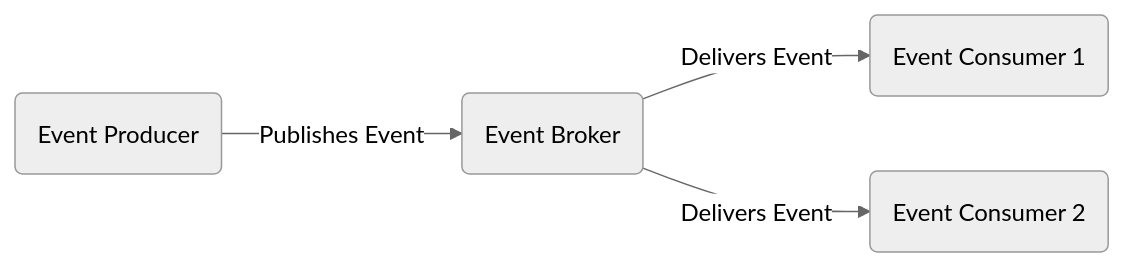
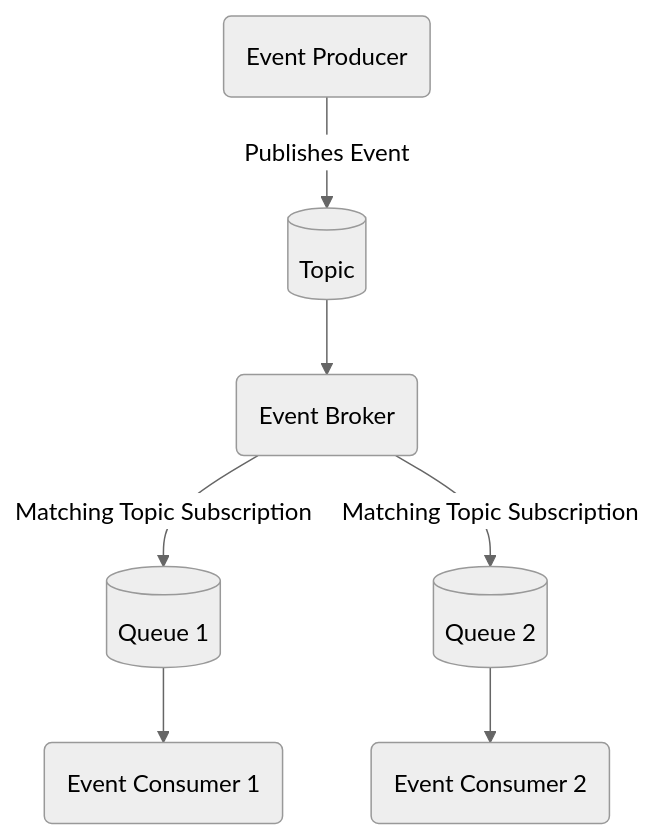
Before and after one commit to Tchibo/sap-developer-roadmap: the diagram in cloud-developer-roadmap/External/Architecture/Event Driven Architecture.md, drawn with Mermaid (neutral theme). The commit also changed other lines of this file and 73 other files, not shown here.

````diff
--- a/cloud-developer-roadmap/External/Architecture/Event Driven Architecture.md
+++ b/cloud-developer-roadmap/External/Architecture/Event Driven Architecture.md
@@ -19,11 +13,20 @@
 ```mermaid
-flowchart LR
+flowchart TD
   Producer(Event Producer)
   Broker(Event Broker)
+  Topic[(Topic)]
+  Queue1[(Queue 1)]
+  Queue2[(Queue 2)]
   Consumer1(Event Consumer 1)
   Consumer2(Event Consumer 2)
 
-  Producer -- Publishes Event --> Broker
-  Broker -- Delivers Event --> Consumer1
-  Broker -- Delivers Event --> Consumer2
+  Producer -- Publishes Event --> Topic
+  Topic --> Broker
+
+  Broker -- Matching Topic Subscription --> Queue1
+  Broker -- Matching Topic Subscription --> Queue2
+
+  Queue1 --> Consumer1
+  Queue2 --> Consumer2
+
 ```
````
